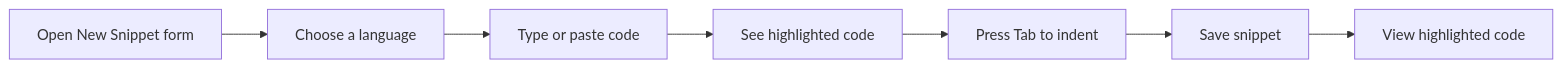
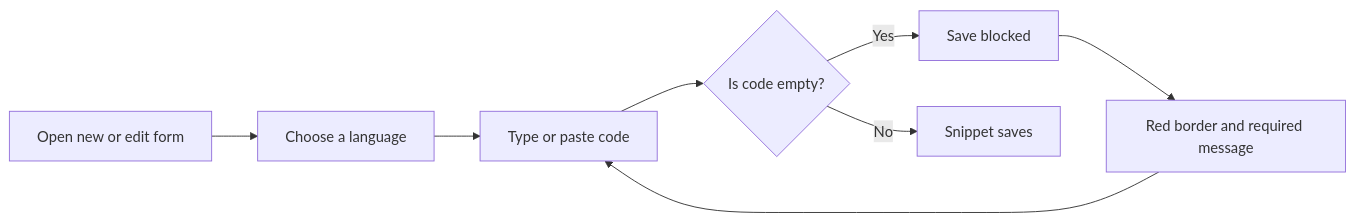
One commit to Mohita111/API2 changed the diagram in api2-documentation/plan_2026-11-02_f8890e/user-facing-docs/code-editor.md. Above: the diagram before and after it, drawn with Mermaid. The commit also changed other lines of this file and 11 other files, not shown here.

````diff
--- a/api2-documentation/plan_2026-11-02_f8890e/user-facing-docs/code-editor.md
+++ b/api2-documentation/plan_2026-11-02_f8890e/user-facing-docs/code-editor.md
@@ -56,9 +26,10 @@
 ```mermaid
 graph LR
-    A[Open New Snippet form] --> B[Choose a language]
+    A[Open new or edit form] --> B[Choose a language]
     B --> C[Type or paste code]
-    C --> D[See highlighted code]
-    D --> E[Press Tab to indent]
-    E --> F[Save snippet]
-    F --> G[View highlighted code]
+    C --> D{"Is code empty?"}
+    D -- Yes --> E[Save blocked]
+    E --> F["Red border and required message"]
+    F --> C
+    D -- No --> G[Snippet saves]
 ```
````
